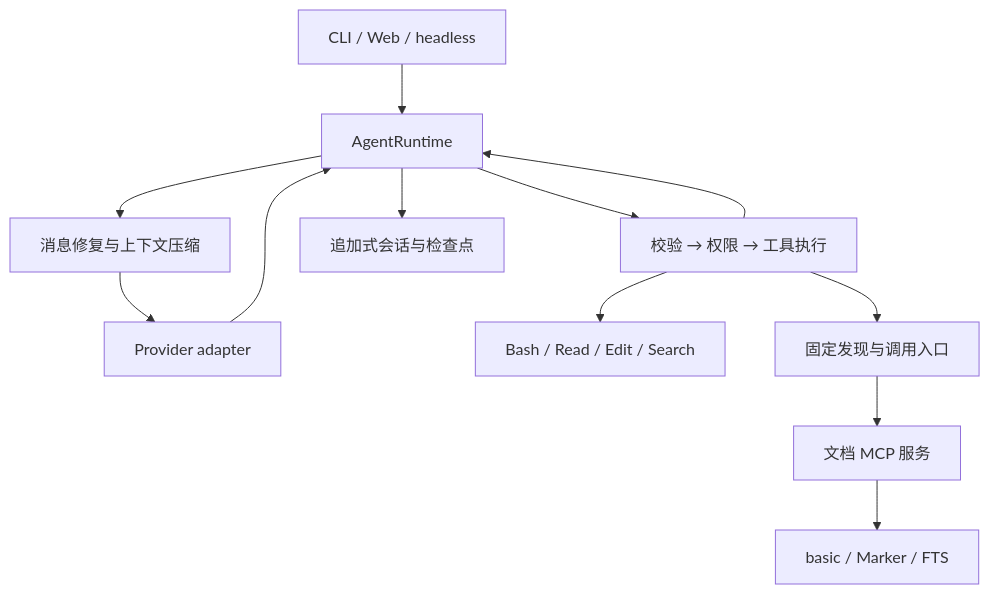
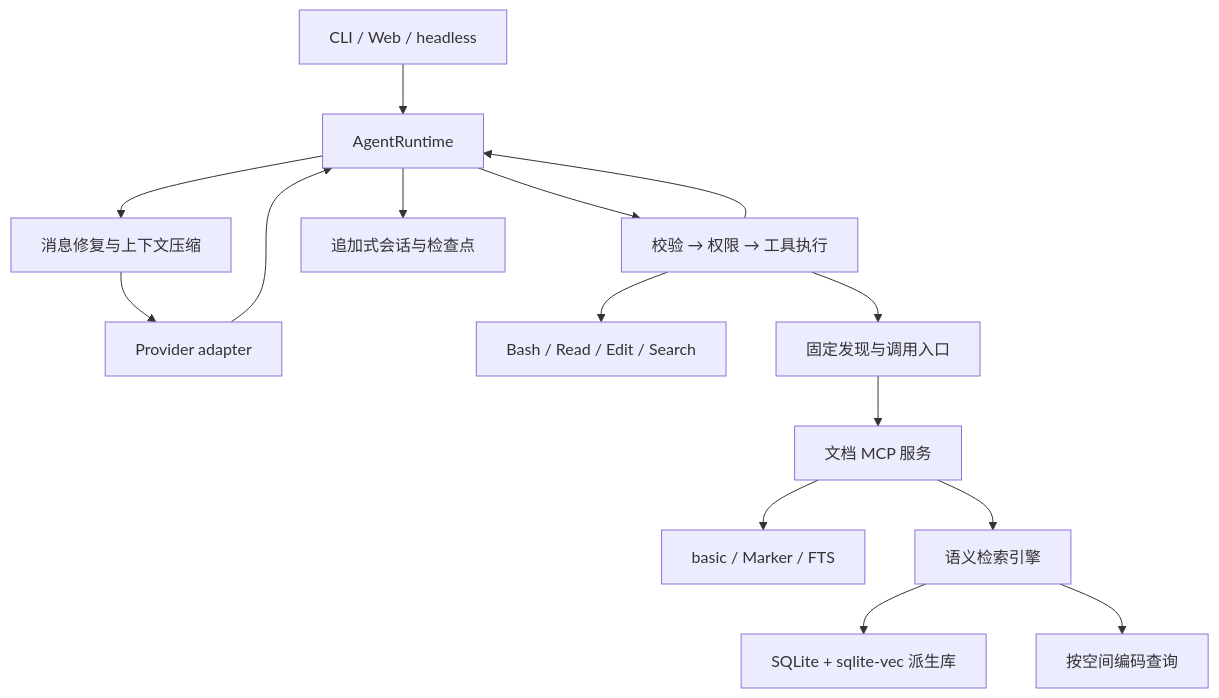
The first of 2 diagrams in docs/architecture.md (wpx147258/DeepCodocx), drawn with Mermaid before and after one commit. The commit also changed other lines of this file and 77 other files, not shown here.

````diff
--- a/docs/architecture.md
+++ b/docs/architecture.md
@@ -8,14 +8,17 @@
 ```mermaid
 flowchart TD
     Hosts[CLI / Web / headless] --> Runtime[AgentRuntime]
     Runtime --> Context[消息修复与上下文压缩]
     Context --> Provider[Provider adapter]
     Provider --> Runtime
     Runtime --> Executor[校验 → 权限 → 工具执行]
     Executor --> Native[Bash / Read / Edit / Search]
     Executor --> MCP[固定发现与调用入口]
     MCP --> Documents[文档 MCP 服务]
     Documents --> Bundles[basic / Marker / FTS]
+    Documents --> Semantic[语义检索引擎]
+    Semantic --> Vectors[SQLite + sqlite-vec 派生库]
+    Semantic --> Encoders[按空间编码查询]
     Executor --> Runtime
     Runtime --> Session[追加式会话与检查点]
 ```
````
